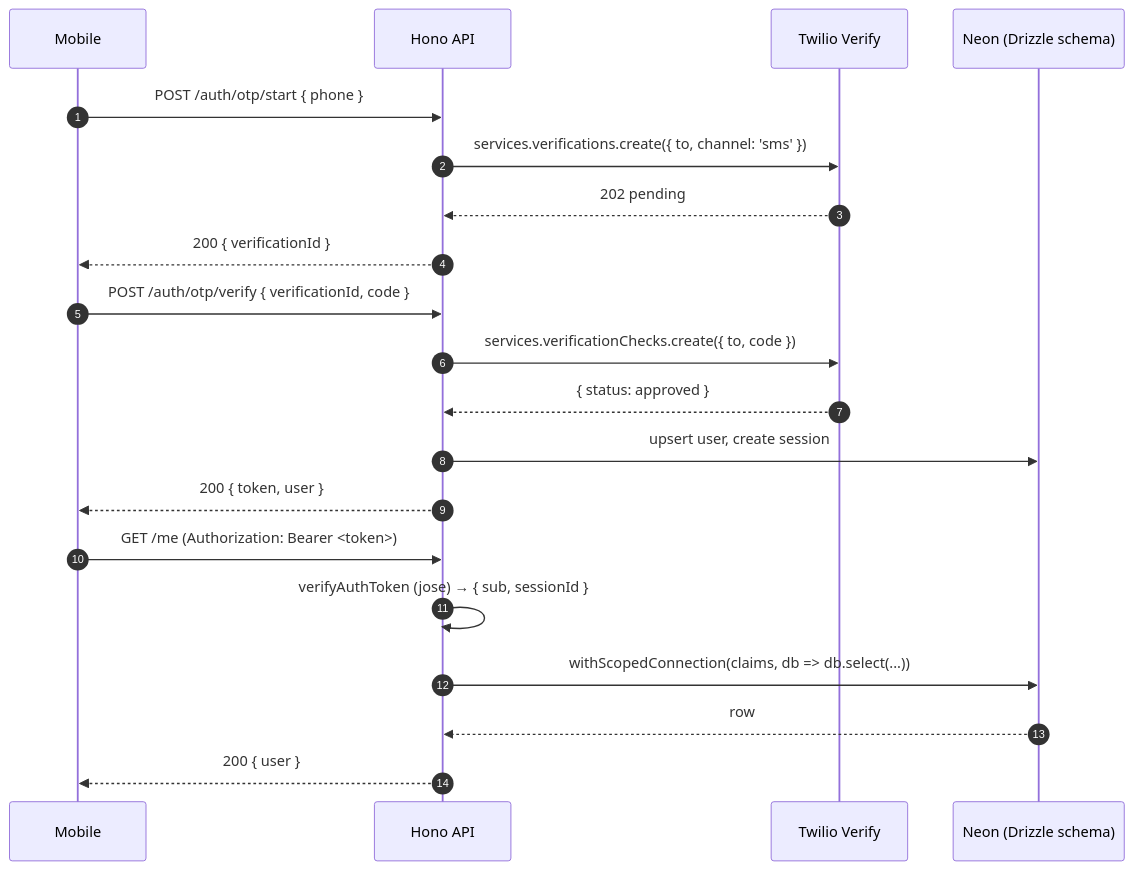
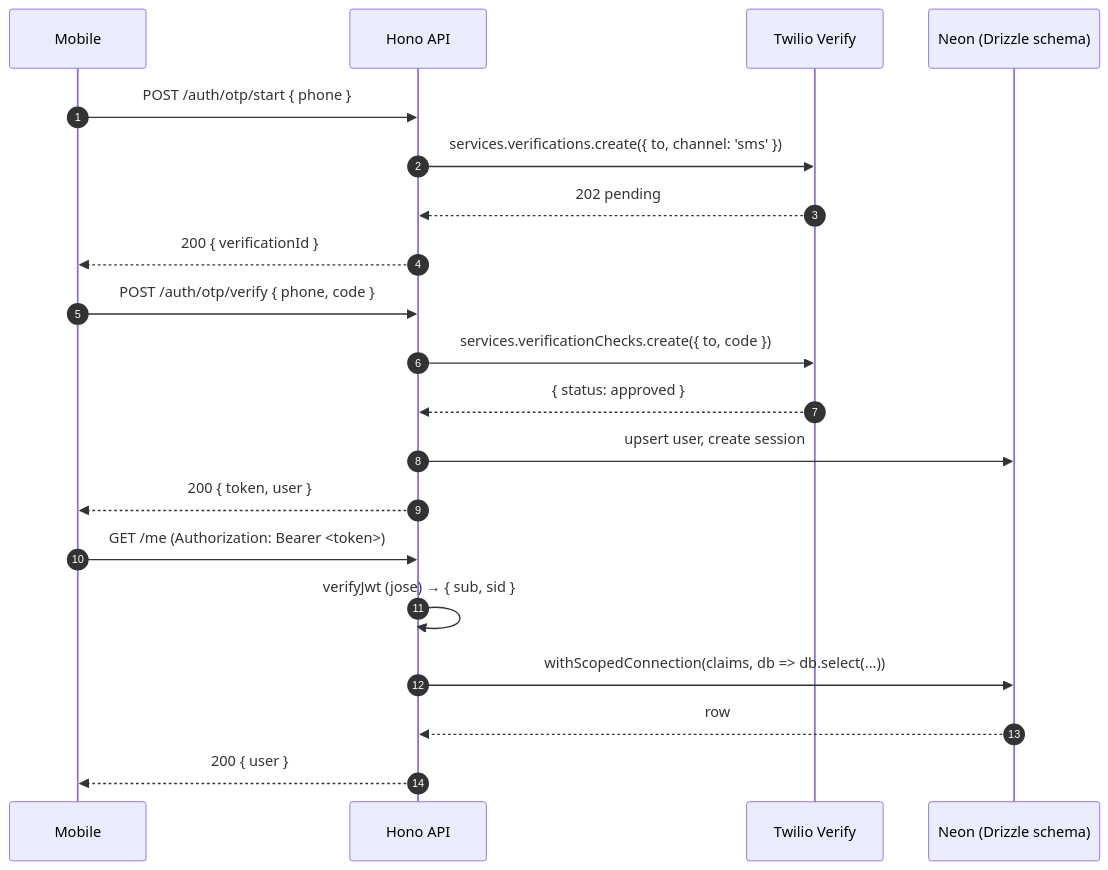
Before and after one commit to patrickchin/harpa-pro: the diagram in docs/v4/arch-auth-and-rls.md, drawn with Mermaid. The commit also changed other lines of this file and 11 other files, not shown here.

First line of the commit message:
docs(v4): fix architecture-doc drift across mobile, api, cli, ops

````diff
--- a/docs/v4/arch-auth-and-rls.md
+++ b/docs/v4/arch-auth-and-rls.md
@@ -32,25 +32,25 @@
 ```mermaid
 sequenceDiagram
   autonumber
   participant App as Mobile
   participant API as Hono API
   participant T as Twilio Verify
   participant DB as Neon (Drizzle schema)
 
   App->>API: POST /auth/otp/start { phone }
   API->>T: services.verifications.create({ to, channel: 'sms' })
   T-->>API: 202 pending
   API-->>App: 200 { verificationId }
 
-  App->>API: POST /auth/otp/verify { verificationId, code }
+  App->>API: POST /auth/otp/verify { phone, code }
   API->>T: services.verificationChecks.create({ to, code })
   T-->>API: { status: approved }
   API->>DB: upsert user, create session
   API-->>App: 200 { token, user }
 
   App->>API: GET /me  (Authorization: Bearer <token>)
-  API->>API: verifyAuthToken (jose) → { sub, sessionId }
+  API->>API: verifyJwt (jose) → { sub, sid }
   API->>DB: withScopedConnection(claims, db => db.select(...))
   DB-->>API: row
   API-->>App: 200 { user }
 ```
````
